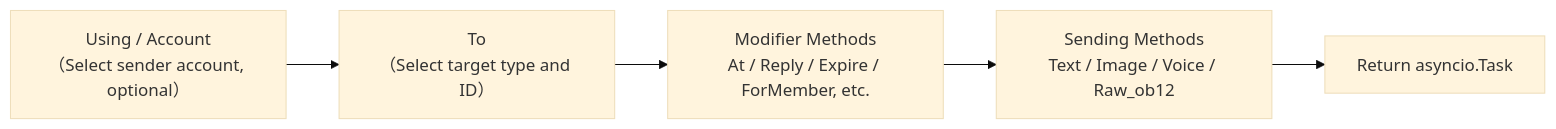
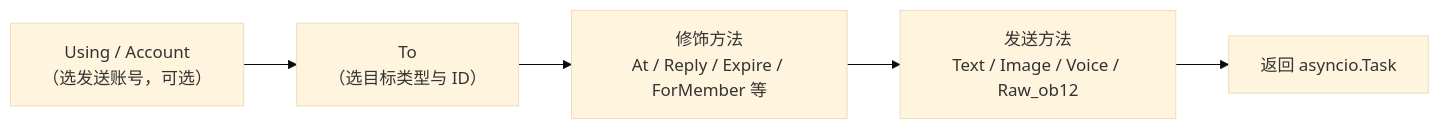
The first of 2 diagrams in docs/en/developer-guide/adapters/send-dsl.md (ErisPulse/ErisPulse), drawn with Mermaid (base theme) before and after one commit. The commit also changed other lines of this file and 299 other files, not shown here.

````diff
--- a/docs/en/developer-guide/adapters/send-dsl.md
+++ b/docs/en/developer-guide/adapters/send-dsl.md
@@ -37,7 +33,7 @@
 ```mermaid
 flowchart LR
-    A["Using / Account<br/>（Select sender account, optional）"] --> B["To<br/>（Select target type and ID）"]
-    B --> C["Modifier Methods<br/>At / Reply / Expire / ForMember, etc."] 
-    C --> D["Sending Methods<br/>Text / Image / Voice / Raw_ob12"]
-    D --> E["Return asyncio.Task"]
+    A["Using / Account<br/>（选发送账号，可选）"] --> B["To<br/>（选目标类型与 ID）"]
+    B --> C["修饰方法<br/>At / Reply / Expire / ForMember 等"]
+    C --> D["发送方法<br/>Text / Image / Voice / Raw_ob12"]
+    D --> E["返回 asyncio.Task"]
 ```
````
